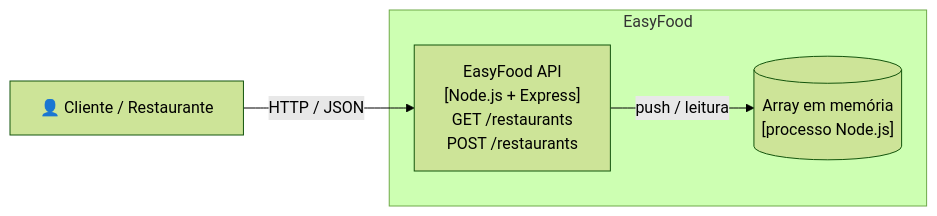
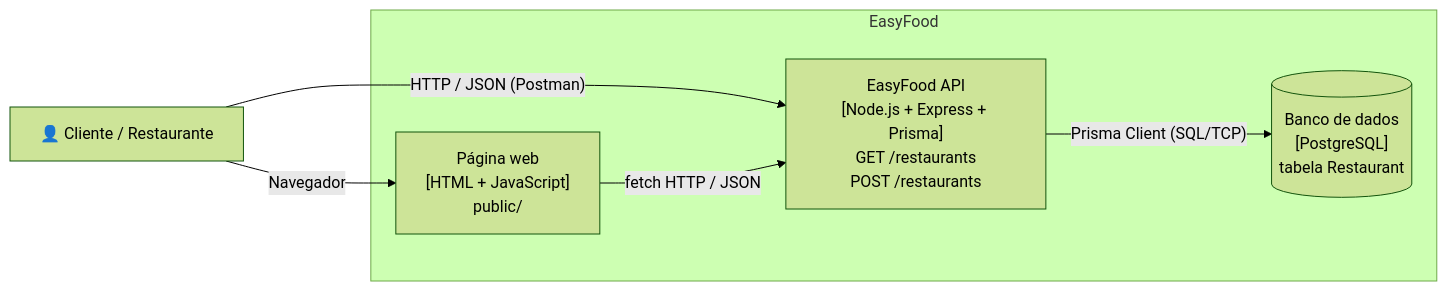
Before and after one commit to RafaellosAO10/projeto_easyfood_arquitetura_de_software: the second of 3 diagrams in docs/arquitetura/c4-model.md, drawn with Mermaid (forest theme). The commit also changed other lines of this file and 2 other files, not shown here.

````diff
--- a/docs/arquitetura/c4-model.md
+++ b/docs/arquitetura/c4-model.md
@@ -23,12 +23,15 @@
 ```mermaid
 flowchart LR
     usuario["👤 Cliente / Restaurante"]
 
     subgraph easyfood["EasyFood"]
-        api["EasyFood API<br/>[Node.js + Express]<br/>GET /restaurants<br/>POST /restaurants"]
-        memoria[("Array em memória<br/>[processo Node.js]")]
+        web["Página web<br/>[HTML + JavaScript]<br/>public/"]
+        api["EasyFood API<br/>[Node.js + Express + Prisma]<br/>GET /restaurants<br/>POST /restaurants"]
+        db[("Banco de dados<br/>[PostgreSQL]<br/>tabela Restaurant")]
     end
 
-    usuario -- "HTTP / JSON" --> api
-    api -- "push / leitura" --> memoria
+    usuario -- "Navegador" --> web
+    usuario -- "HTTP / JSON (Postman)" --> api
+    web -- "fetch HTTP / JSON" --> api
+    api -- "Prisma Client (SQL/TCP)" --> db
 ```
````
